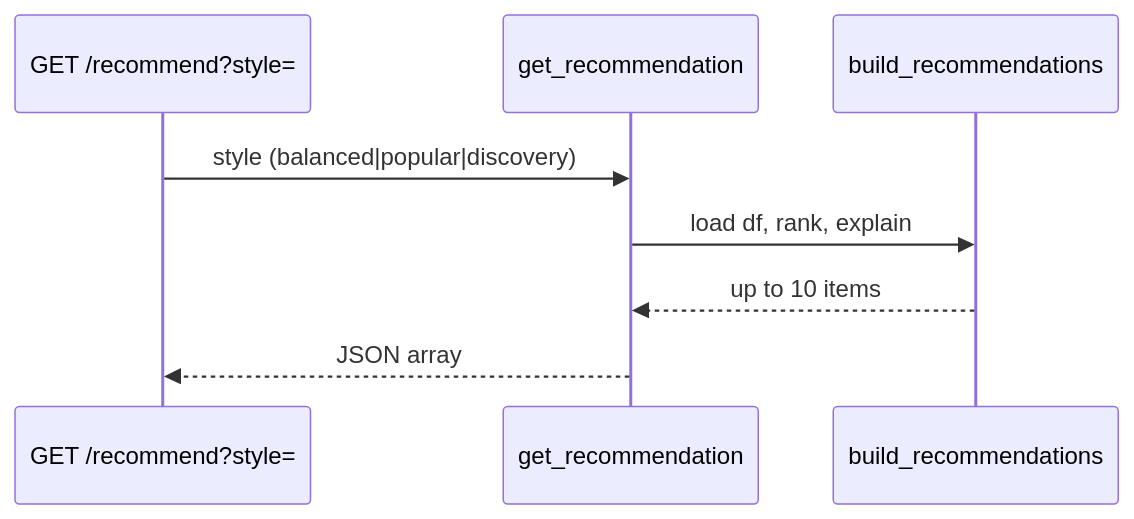
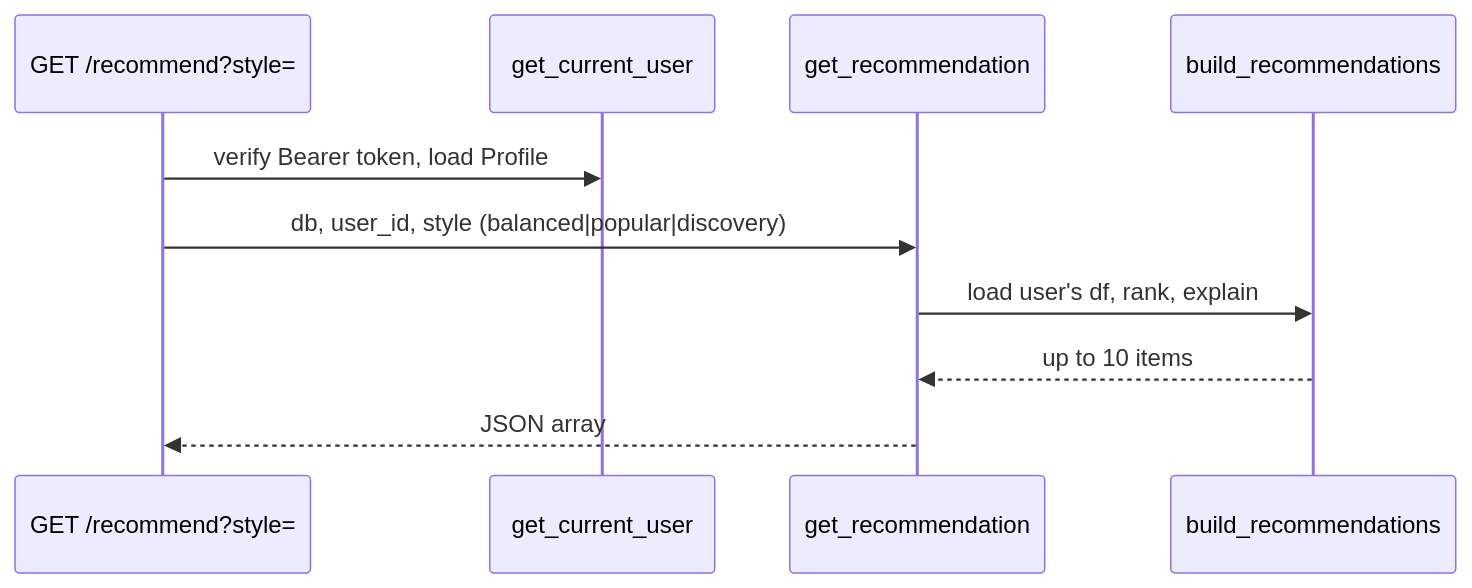
One commit to tranguyeenn/shelftxt changed the fourth of 4 diagrams in docs/engineering/backend.md. Above: the diagram before and after it, drawn with Mermaid. The commit also changed other lines of this file and 23 other files, not shown here.

Commit message:
Complete user ownership migration and apply missing schema updates

````diff
--- a/docs/engineering/backend.md
+++ b/docs/engineering/backend.md
@@ -153,11 +163,13 @@
 ```mermaid
 sequenceDiagram
   participant R as GET /recommend?style=
+  participant Auth as get_current_user
   participant S as get_recommendation
   participant B as build_recommendations
 
-  R->>S: style (balanced|popular|discovery)
-  S->>B: load df, rank, explain
+  R->>Auth: verify Bearer token, load Profile
+  R->>S: db, user_id, style (balanced|popular|discovery)
+  S->>B: load user's df, rank, explain
   B-->>S: up to 10 items
   S-->>R: JSON array
 ```
````
